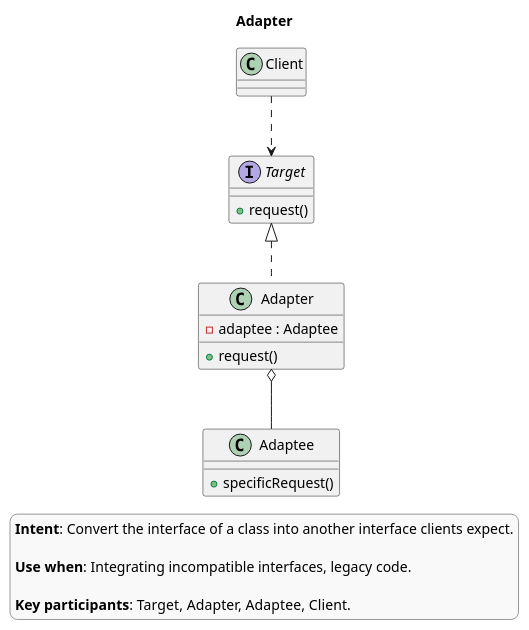
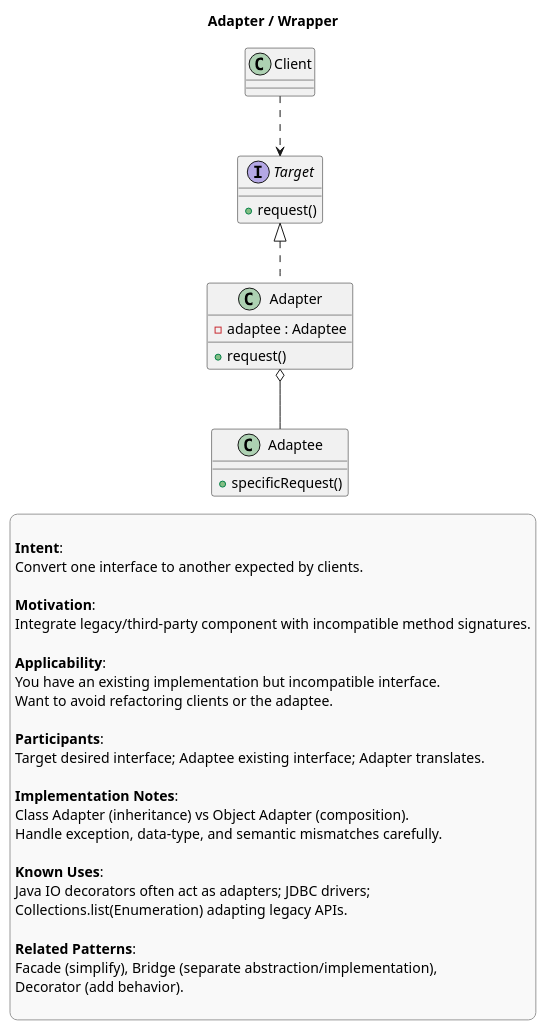
One commit to AkselErenberk/design-patterns changed the diagram in theory/structural/adapter.puml. Above: the diagram before and after it, drawn with PlantUML. The commit also changed 26 other files, not shown here.

Commit message:
design pattern class diagrams

```diff
--- a/theory/structural/adapter.puml
+++ b/theory/structural/adapter.puml
@@ -1,31 +1,52 @@
 @startuml
-title Adapter
+title Adapter / Wrapper
 
 skinparam legendBackgroundColor #f9f9f9
 skinparam legendBorderColor #999999
 
 legend right
-**Intent**: Convert the interface of a class into another interface clients expect.
 
-**Use when**: Integrating incompatible interfaces, legacy code.
+**Intent**:
+Convert one interface to another expected by clients.
 
-**Key participants**: Target, Adapter, Adaptee, Client.
+**Motivation**:
+Integrate legacy/third-party component with incompatible method signatures.
+
+**Applicability**:
+You have an existing implementation but incompatible interface.
+Want to avoid refactoring clients or the adaptee.
+
+**Participants**:
+Target desired interface; Adaptee existing interface; Adapter translates.
+
+**Implementation Notes**:
+Class Adapter (inheritance) vs Object Adapter (composition).
+Handle exception, data-type, and semantic mismatches carefully.
+
+**Known Uses**:
+Java IO decorators often act as adapters; JDBC drivers;
+Collections.list(Enumeration) adapting legacy APIs.
+
+**Related Patterns**:
+Facade (simplify), Bridge (separate abstraction/implementation),
+Decorator (add behavior).
+
 endlegend
 
 interface Target {
   +request()
 }
 
 class Adapter implements Target {
   -adaptee : Adaptee
   +request()
 }
 
 class Adaptee {
   +specificRequest()
 }
 
 class Client
 Client ..> Target
 Adapter o-- Adaptee
 @enduml
```
